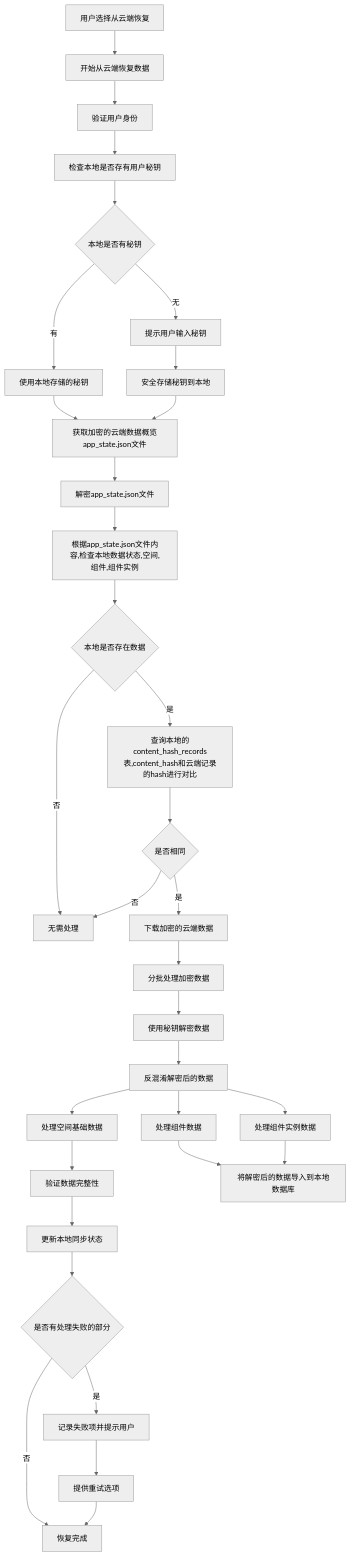
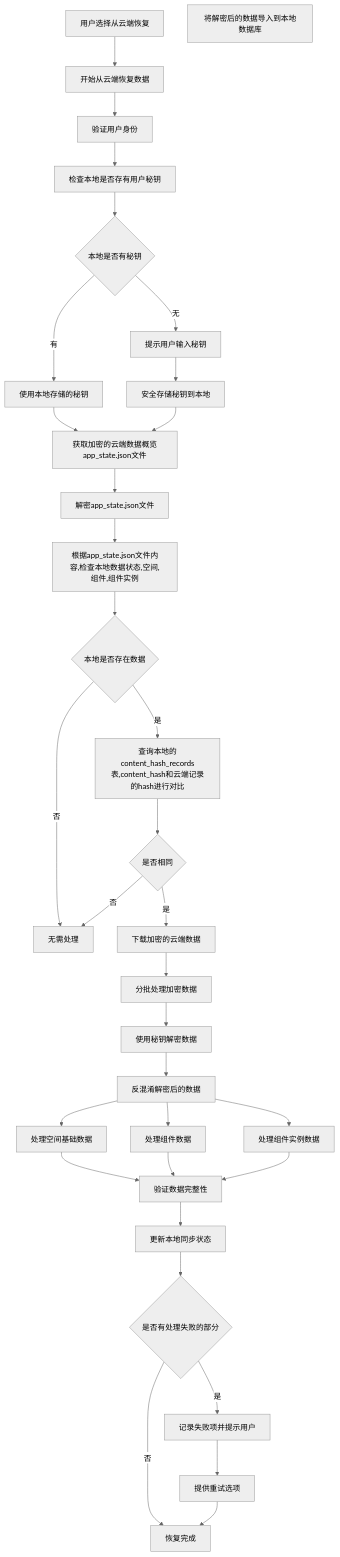
One commit to yingjianzh/iodraw-files changed the diagram in all/未命名-44.md. Above: the diagram before and after it, drawn with Mermaid (neutral theme).

Commit message:
2025-04-27 14:40:19 update

````diff
--- a/all/未命名-44.md
+++ b/all/未命名-44.md
@@ -1,48 +1,49 @@
 ```mermaid
 flowchart TD
     A[用户选择从云端恢复] --> B[开始从云端恢复数据]
     B --> C[验证用户身份]
     
     C --> D[检查本地是否存有用户秘钥]
     D --> E{本地是否有秘钥}
     
     E -->|有| F1[使用本地存储的秘钥]
     E -->|无| F2[提示用户输入秘钥]
     F2 --> F7[安全存储秘钥到本地]
     
     F1 --> G[获取加密的云端数据概览app_state.json文件]
     F7 --> G
     
     G --> H[解密app_state.json文件]
     H --> J[根据app_state.json文件内容,检查本地数据状态,空间,组件,组件实例]
     J --> K{本地是否存在数据}
     
     K -->|否| L1[无需处理]
     K -->|是| L2[查询本地的content_hash_records表,content_hash和云端记录的hash进行对比]
     L2 -->  M{是否相同}
 
     M -->|否| L1
     M -->|是| N[下载加密的云端数据]
     
     N --> S[分批处理加密数据]
     S --> T[使用秘钥解密数据]
     T --> U[反混淆解密后的数据]
     
     U --> V1[处理空间基础数据]
     U --> V2[处理组件数据]
     U --> V3[处理组件实例数据]
 
     V1 --> X[验证数据完整性]
-    V2 --> W
-    V3 --> W
+    V2 --> X
+    V3 --> X
+    
     W[将解密后的数据导入到本地数据库]
     
     X --> Y[更新本地同步状态]
     
     Y --> Z{是否有处理失败的部分}
     Z -->|是| AA[记录失败项并提示用户]
     Z -->|否| AB[恢复完成]
     
     AA --> AC[提供重试选项]
     AC --> AB
 ```
````
